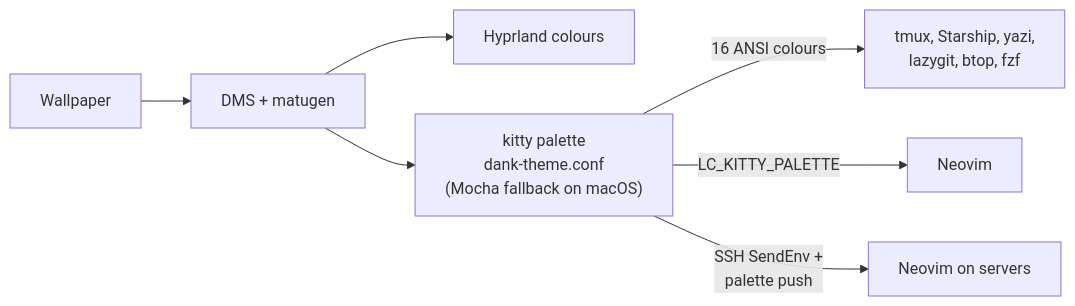
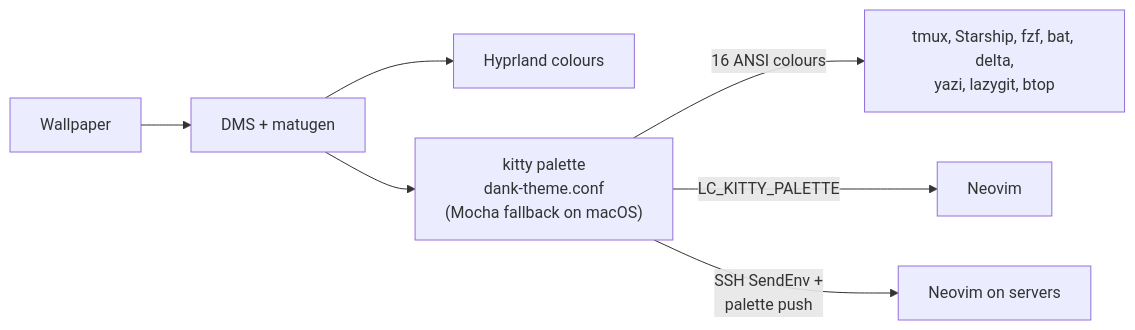
Before and after one commit to anhtt20172948/dotfiles: the diagram in README.md, drawn with Mermaid. The commit also changed other lines of this file and 1 other file, not shown here.

First line of the commit message:
docs: carry the ANSI slot contract from #103 into the new README

````diff
--- a/README.md
+++ b/README.md
@@ -58,9 +63,9 @@
 ```mermaid
 flowchart LR
   wallpaper[Wallpaper] --> dms["DMS + matugen"]
   dms --> hypr["Hyprland colours"]
   dms --> palette["kitty palette<br/>dank-theme.conf<br/>(Mocha fallback on macOS)"]
-  palette -- "16 ANSI colours" --> tuis["tmux, Starship, yazi,<br/>lazygit, btop, fzf"]
+  palette -- "16 ANSI colours" --> tuis["tmux, Starship, fzf, bat, delta,<br/>yazi, lazygit, btop"]
   palette -- "LC_KITTY_PALETTE" --> nvim["Neovim"]
   palette -- "SSH SendEnv +<br/>palette push" --> remote["Neovim on servers"]
 ```
````
